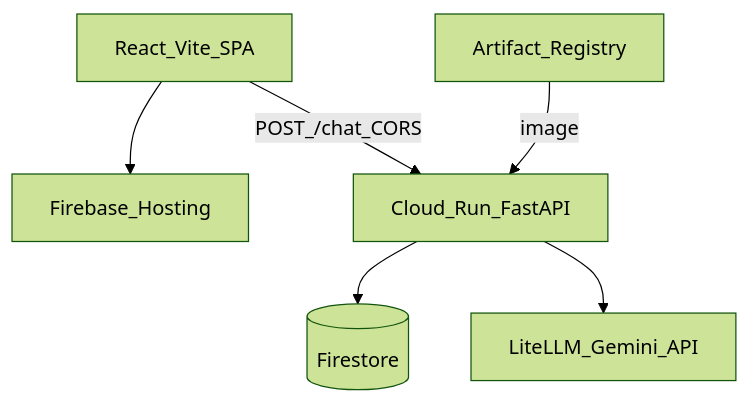
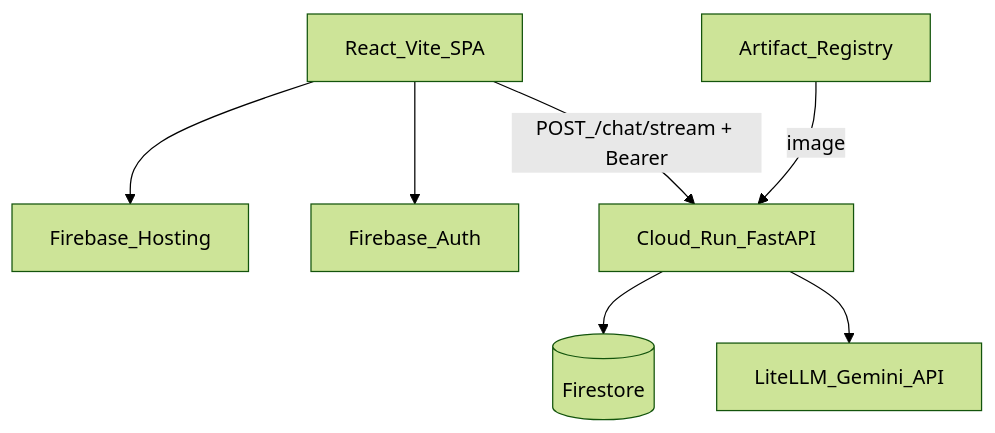
The diagram in docs/architecture.md (SKT27182/gcp_chatbot), drawn with Mermaid (forest theme) before and after one commit. The commit also changed other lines of this file and 40 other files, not shown here.

````diff
--- a/docs/architecture.md
+++ b/docs/architecture.md
@@ -13,15 +14,17 @@
 ```mermaid
 flowchart TB
   UI[React_Vite_SPA]
   FH[Firebase_Hosting]
+  FA[Firebase_Auth]
   CR[Cloud_Run_FastAPI]
   FS[(Firestore)]
   VA[LiteLLM_Gemini_API]
   AR[Artifact_Registry]
 
   UI --> FH
-  UI -->|POST_/chat_CORS| CR
+  UI --> FA
+  UI -->|"POST_/chat/stream + Bearer"| CR
   CR --> FS
   CR --> VA
   AR -->|image| CR
 ```
````
